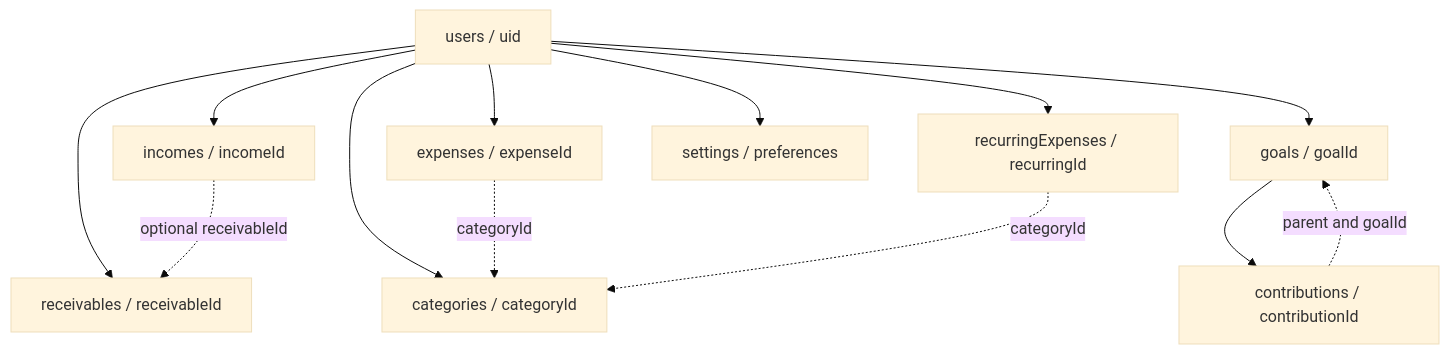
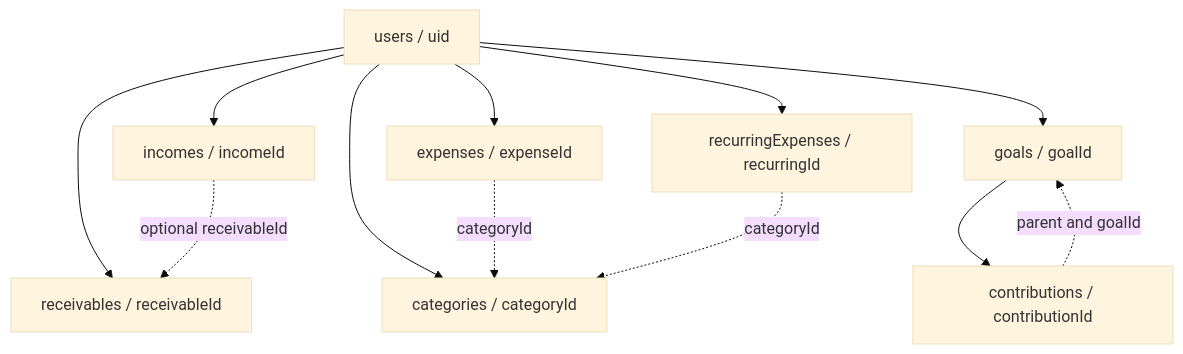
Before and after one commit to MalinduGurunada/kotlin-project: the diagram in docs/firestore-schema.md, drawn with Mermaid (base theme). The commit also changed other lines of this file and 2 other files, not shown here.

````diff
--- a/docs/firestore-schema.md
+++ b/docs/firestore-schema.md
@@ -42,15 +41,14 @@
 ```mermaid
 flowchart TD
     U[users / uid] --> I[incomes / incomeId]
     U --> E[expenses / expenseId]
     U --> C[categories / categoryId]
     U --> R[receivables / receivableId]
     U --> RE[recurringExpenses / recurringId]
     U --> G[goals / goalId]
     G --> GC[contributions / contributionId]
-    U --> S[settings / preferences]
     I -. optional receivableId .-> R
     E -. categoryId .-> C
     RE -. categoryId .-> C
     GC -. parent and goalId .-> G
 ```
````
